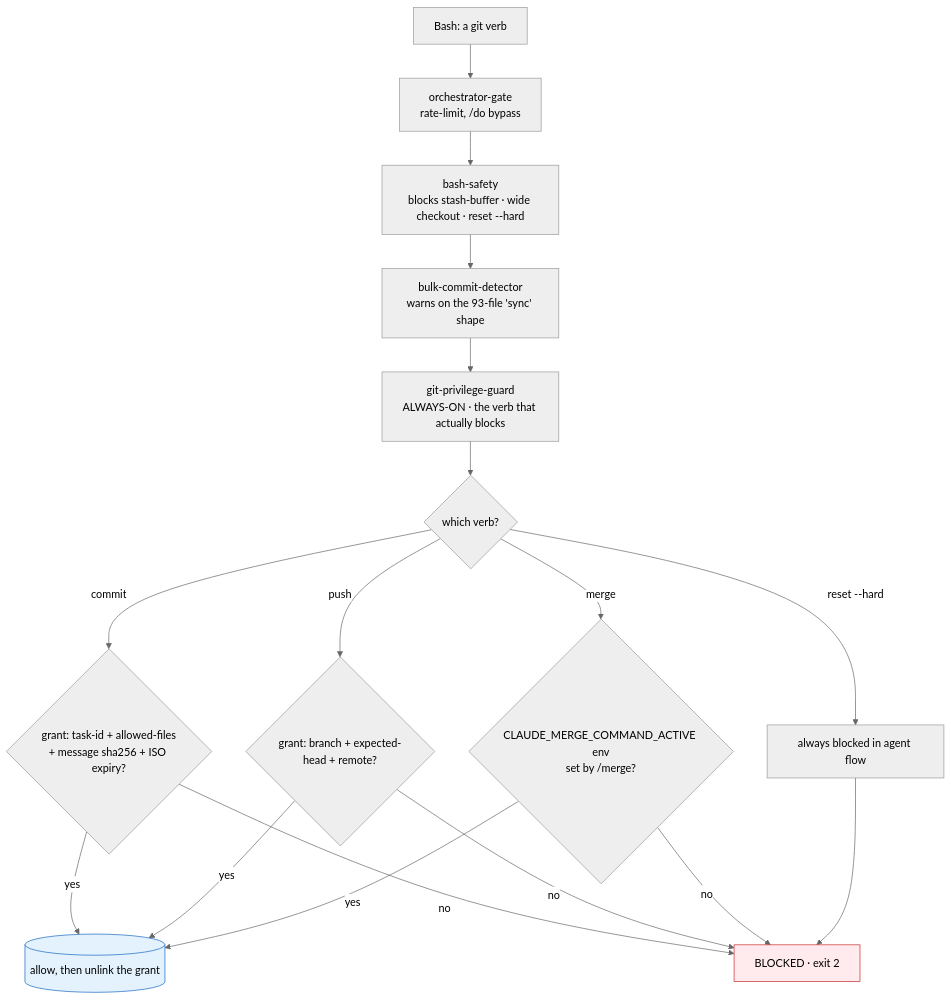
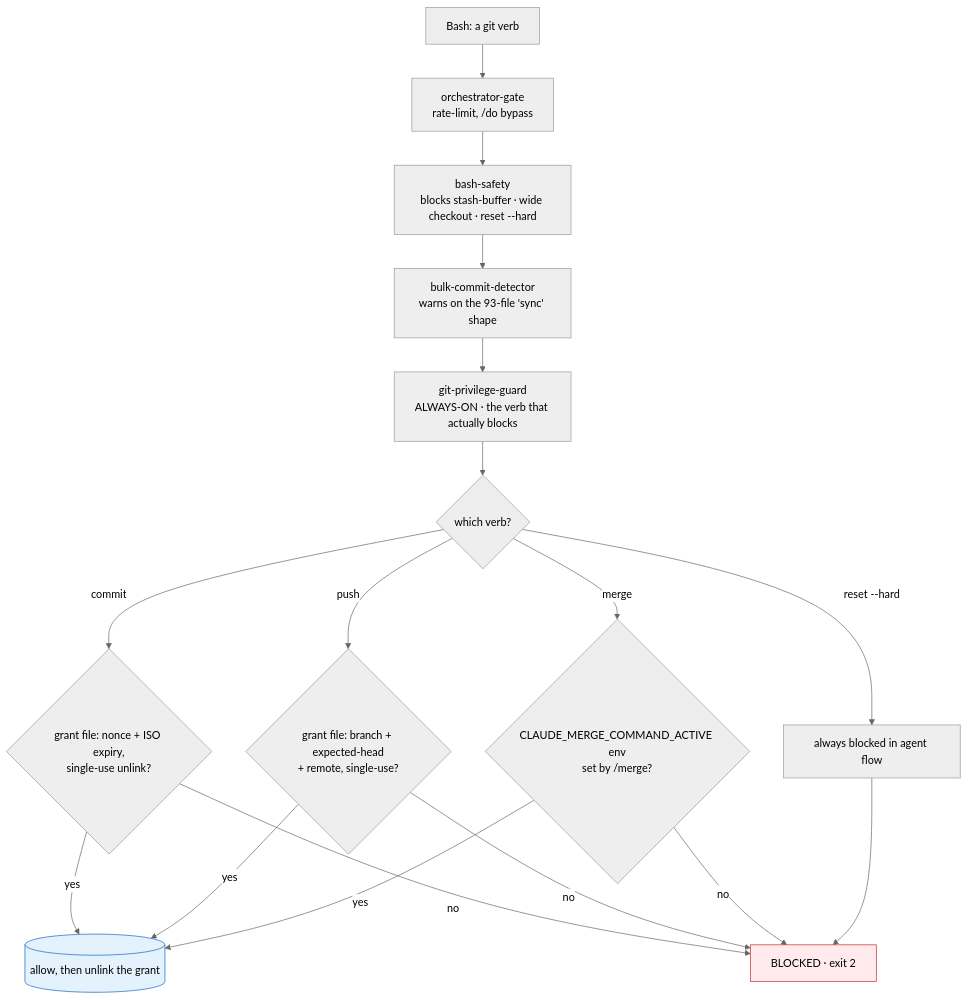
Before and after one commit to Yugoge/awesome-claude-harness: the second of 3 diagrams in README.md, drawn with Mermaid (neutral theme).

Commit message:
checkpoint: Auto-save at 2026-06-15 21:27:06
Trigger: posttool threshold (32 files, threshold=10)
Ref: refs/checkpoints/master
Files: 1

This commit is a snapshot written to refs/checkpoints/* by
~/.claude/hooks/lib/checkpoint-core.sh. It is NOT on any branch HEAD.

🤖 Generated with [Claude Code](https://claude.com/claude-code)
via [Happy](https://happy.engineering)

````diff
--- a/README.md
+++ b/README.md
@@ -148,22 +148,23 @@
 ```mermaid
 flowchart TD
     B[Bash: a git verb] --> H1[orchestrator-gate<br/>rate-limit, /do bypass]
     H1 --> H2[bash-safety<br/>blocks stash-buffer · wide checkout · reset --hard]
     H2 --> H3[bulk-commit-detector<br/>warns on the 93-file 'sync' shape]
     H3 --> H4[git-privilege-guard<br/>ALWAYS-ON · the verb that actually blocks]
 
     H4 --> C{which verb?}
-    C -->|commit| G1{grant: task-id + allowed-files<br/>+ message sha256 + ISO expiry?}
-    C -->|push| G2{grant: branch + expected-head + remote?}
+    C -->|commit| G1{grant file: nonce + ISO expiry,<br/>single-use unlink?}
+    C -->|push| G2{grant file: branch + expected-head<br/>+ remote, single-use?}
     C -->|merge| G3{CLAUDE_MERGE_COMMAND_ACTIVE env<br/>set by /merge?}
     C -->|reset --hard| G4[always blocked in agent flow]
 
-    G1 & G2 & G3 -->|yes| OK[(allow, then unlink the grant)]
+    G1 & G2 -->|yes| OK[(allow, then unlink the grant)]
+    G3 -->|yes| OK
     G1 & G2 & G3 -->|no| NO[BLOCKED · exit 2]
     G4 --> NO
 
     classDef block fill:#ffebee,stroke:#c62828
     classDef ok fill:#e3f2fd,stroke:#1565c0
     class NO block
     class OK ok
 ```
````
